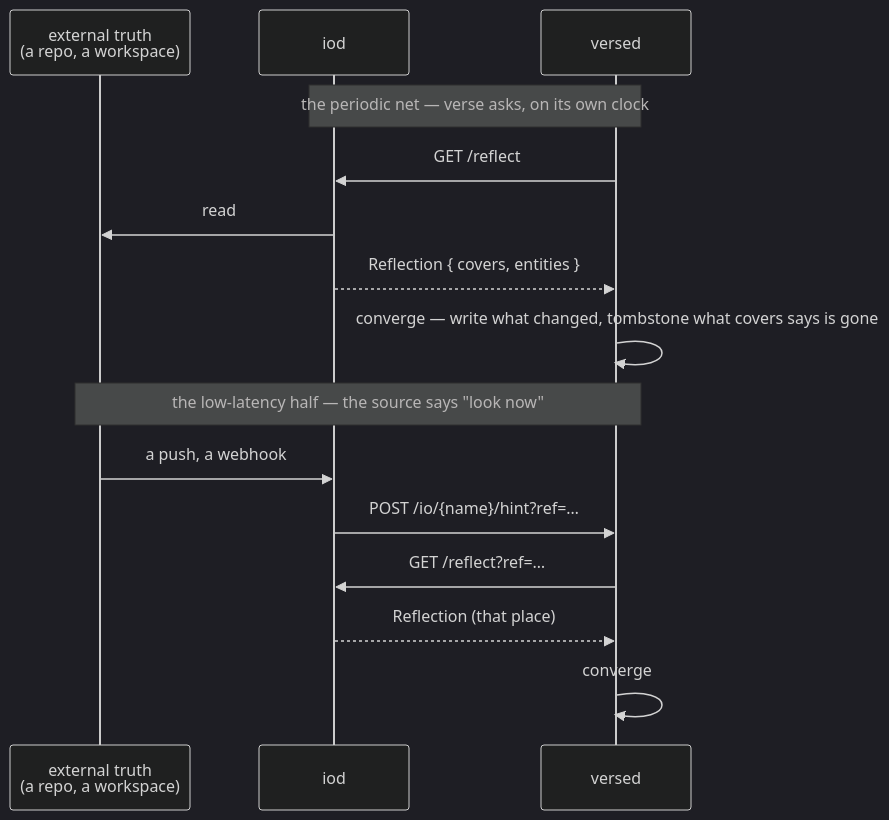
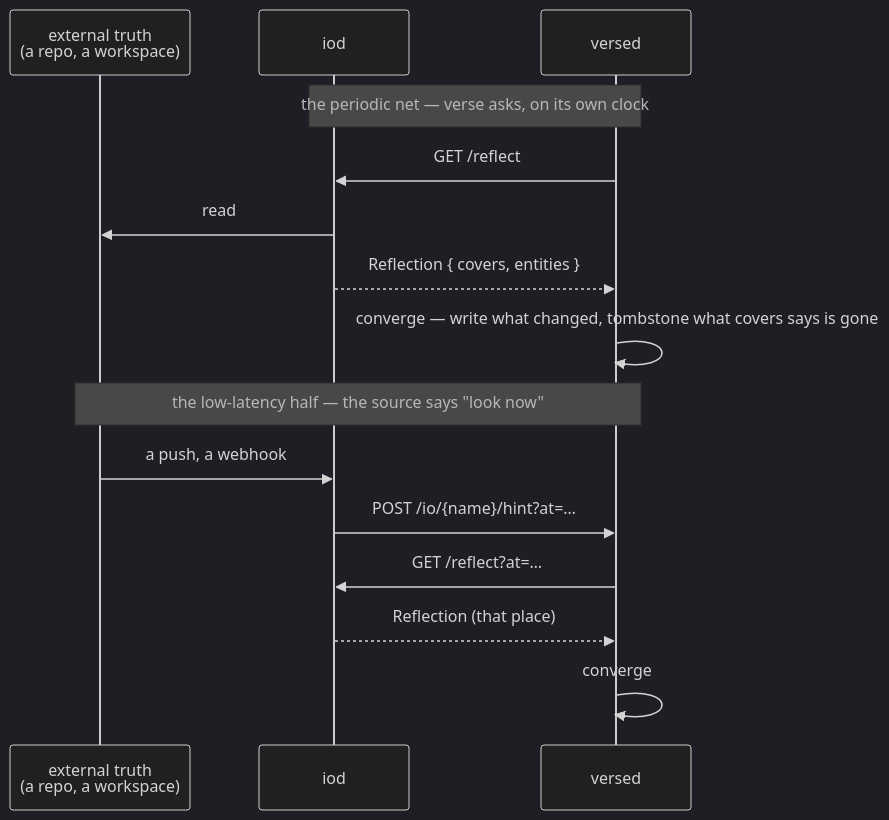
One commit to signadot/viff changed the fourth of 4 diagrams in docs/seams.md. Above: the diagram before and after it, drawn with Mermaid (dark theme). The commit also changed other lines of this file and 6 other files, not shown here.

First line of the commit message:
docs, api: an io hint takes ?at=, and POST /gate/say publishes its own type

````diff
--- a/docs/seams.md
+++ b/docs/seams.md
@@ -242,19 +242,19 @@
 ```mermaid
 sequenceDiagram
   participant X as external truth<br/>(a repo, a workspace)
   participant Src as iod
   participant V as versed
 
   Note over V,Src: the periodic net — verse asks, on its own clock
   V->>Src: GET /reflect
   Src->>X: read
   Src-->>V: Reflection { covers, entities }
   V->>V: converge — write what changed, tombstone what covers says is gone
 
   Note over X,V: the low-latency half — the source says "look now"
   X->>Src: a push, a webhook
-  Src->>V: POST /io/{name}/hint?ref=…
-  V->>Src: GET /reflect?ref=…
+  Src->>V: POST /io/{name}/hint?at=…
+  V->>Src: GET /reflect?at=…
   Src-->>V: Reflection (that place)
   V->>V: converge
 ```
````
